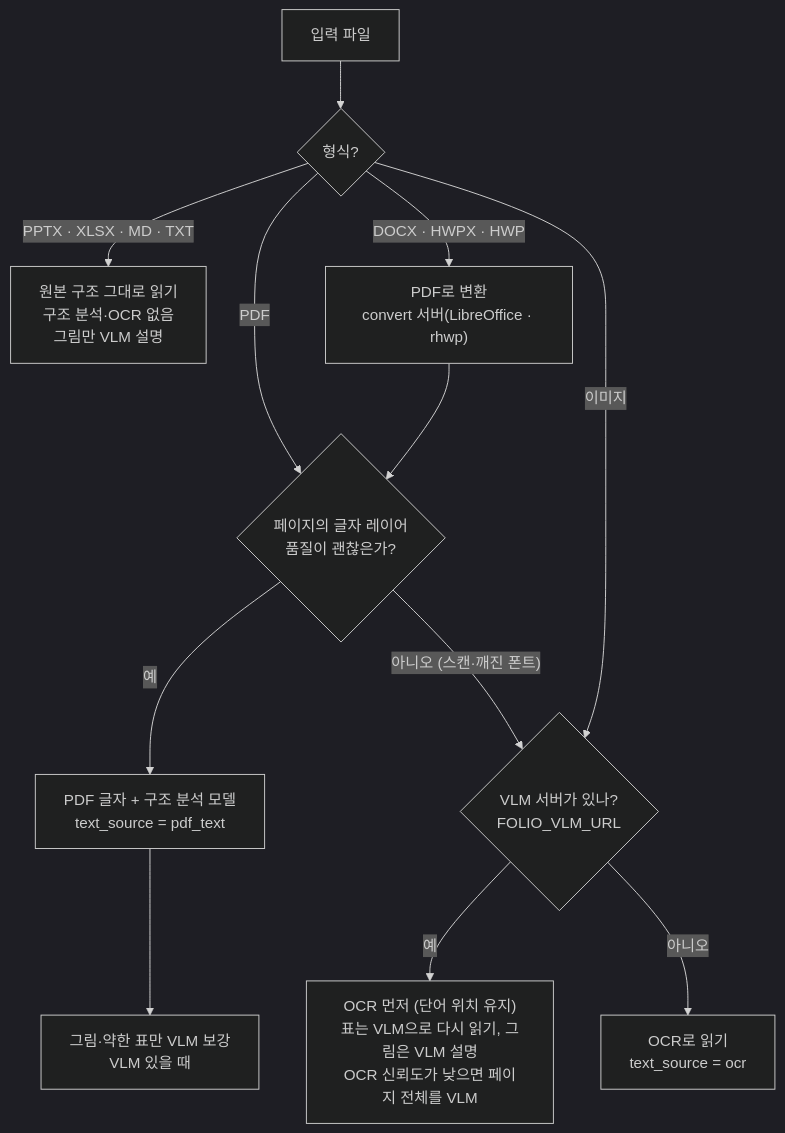
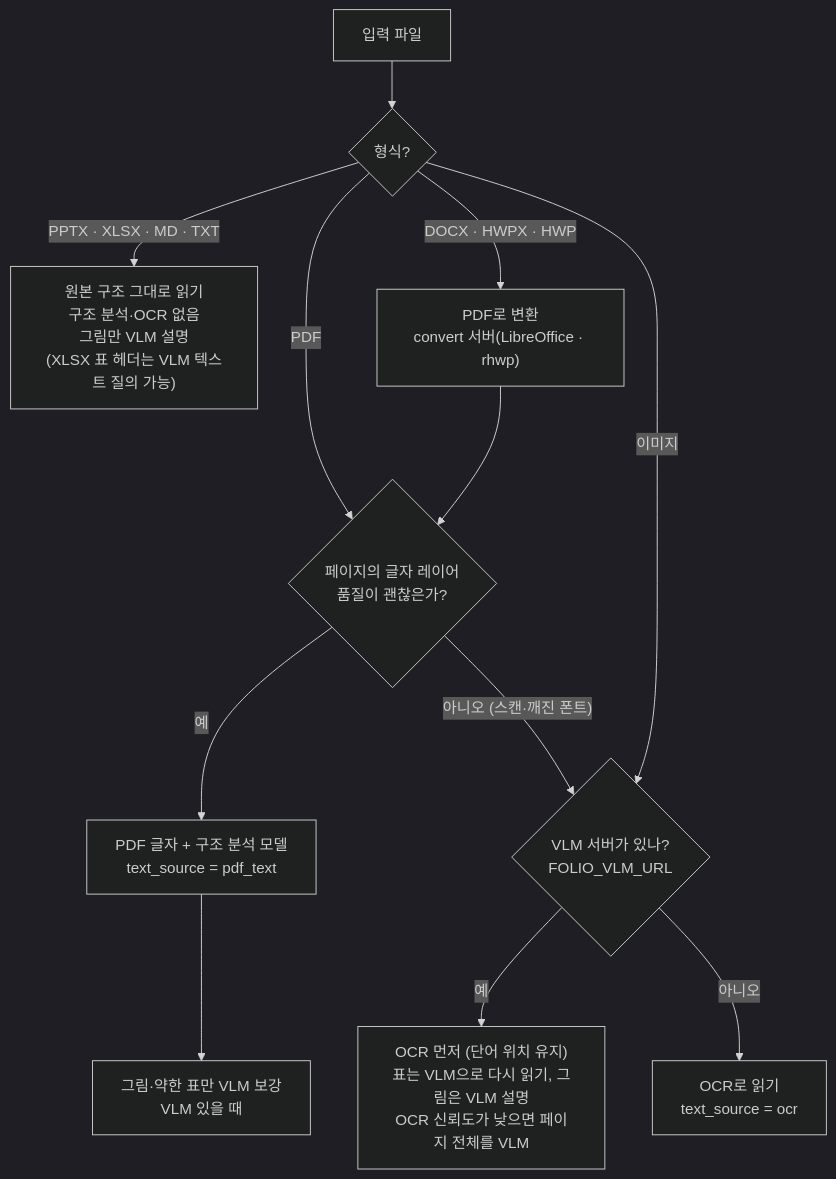
Before and after one commit to pilsu-choi/folio: the fourth of 12 diagrams in README.md, drawn with Mermaid (dark theme). The commit also changed 2 other files, not shown here.

Commit message:
docs: XLSX header query is the one VLM call on digital originals (xlsx_header_llm)

````diff
--- a/README.md
+++ b/README.md
@@ -88,14 +88,14 @@
 ```mermaid
 flowchart TD
     In["입력 파일"] --> T{"형식?"}
-    T -- "PPTX · XLSX · MD · TXT" --> N["원본 구조 그대로 읽기<br/>구조 분석·OCR 없음<br/>그림만 VLM 설명"]
+    T -- "PPTX · XLSX · MD · TXT" --> N["원본 구조 그대로 읽기<br/>구조 분석·OCR 없음<br/>그림만 VLM 설명<br/>(XLSX 표 헤더는 VLM 텍스트 질의 가능)"]
     T -- "DOCX · HWPX · HWP" --> X["PDF로 변환<br/>convert 서버(LibreOffice · rhwp)"]
     X --> Q
     T -- "이미지" --> IMG
     T -- "PDF" --> Q{"페이지의 글자 레이어<br/>품질이 괜찮은가?"}
     Q -- "예" --> D["PDF 글자 + 구조 분석 모델<br/>text_source = pdf_text"]
     Q -- "아니오 (스캔·깨진 폰트)" --> IMG{"VLM 서버가 있나?<br/>FOLIO_VLM_URL"}
     IMG -- "예" --> OF["OCR 먼저 (단어 위치 유지)<br/>표는 VLM으로 다시 읽기, 그림은 VLM 설명<br/>OCR 신뢰도가 낮으면 페이지 전체를 VLM"]
     IMG -- "아니오" --> O["OCR로 읽기<br/>text_source = ocr"]
     D --> EN["그림·약한 표만 VLM 보강<br/>VLM 있을 때"]
 ```
````
